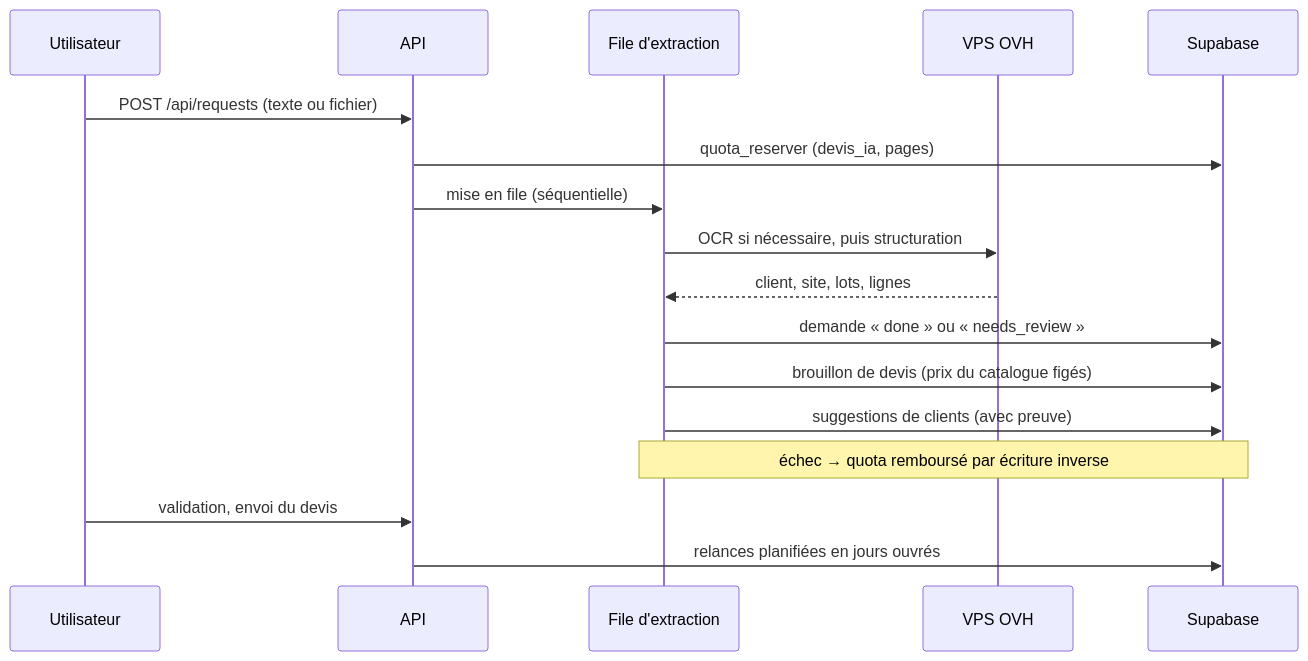
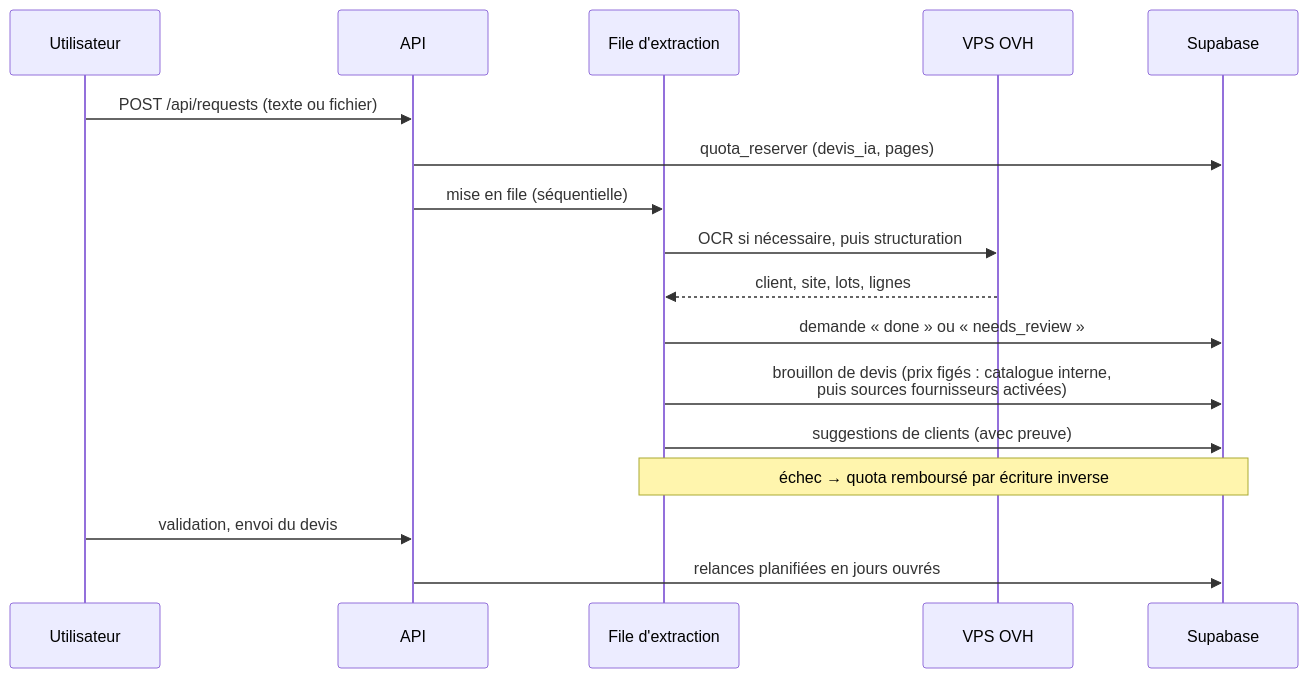
Before and after one commit to zehair-louzza/Blueseatra: the second of 3 diagrams in docs/architecture.md, drawn with Mermaid. The commit also changed other lines of this file and 12 other files, not shown here.

````diff
--- a/docs/architecture.md
+++ b/docs/architecture.md
@@ -29,19 +29,19 @@
 ```mermaid
 sequenceDiagram
     participant U as Utilisateur
     participant A as API
     participant Q as File d'extraction
     participant IA as VPS OVH
     participant DB as Supabase
     U->>A: POST /api/requests (texte ou fichier)
     A->>DB: quota_reserver (devis_ia, pages)
     A->>Q: mise en file (séquentielle)
     Q->>IA: OCR si nécessaire, puis structuration
     IA-->>Q: client, site, lots, lignes
     Q->>DB: demande « done » ou « needs_review »
-    Q->>DB: brouillon de devis (prix du catalogue figés)
+    Q->>DB: brouillon de devis (prix figés : catalogue interne,<br>puis sources fournisseurs activées)
     Q->>DB: suggestions de clients (avec preuve)
     Note over Q,DB: échec → quota remboursé par écriture inverse
     U->>A: validation, envoi du devis
     A->>DB: relances planifiées en jours ouvrés
 ```
````
